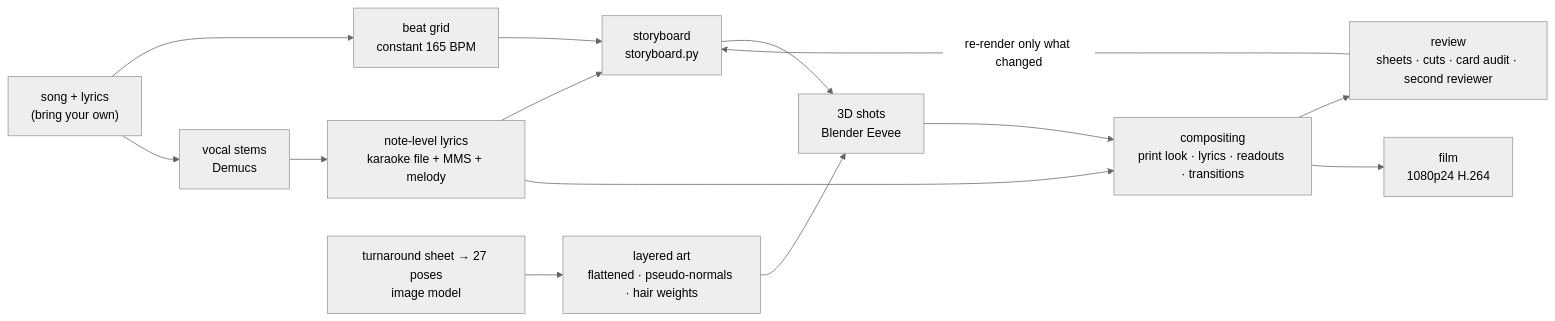
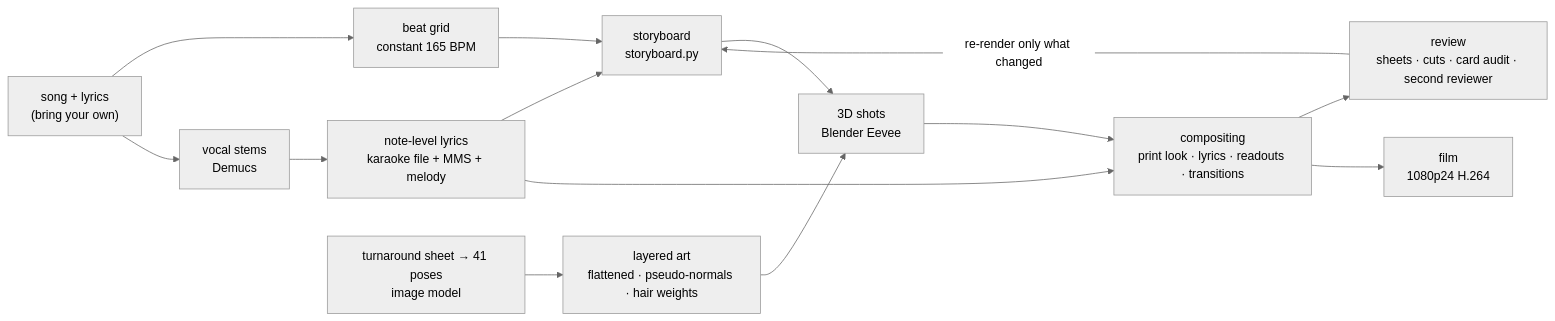
One commit to RepressedAlliance/MeltDown changed the diagram in README.en.md. Above: the diagram before and after it, drawn with Mermaid (neutral theme). The commit also changed other lines of this file and 1 other file, not shown here.

Commit message:
README: 41 poses, one for every shot, and the two new review tools

````diff
--- a/README.en.md
+++ b/README.en.md
@@ -101,16 +101,16 @@
 ```mermaid
 flowchart LR
   A["song + lyrics<br/>(bring your own)"] --> B["beat grid<br/>constant 165 BPM"]
   A --> C["vocal stems<br/>Demucs"]
   C --> D["note-level lyrics<br/>karaoke file + MMS + melody"]
-  E["turnaround sheet → 27 poses<br/>image model"] --> F["layered art<br/>flattened · pseudo-normals · hair weights"]
+  E["turnaround sheet → 41 poses<br/>image model"] --> F["layered art<br/>flattened · pseudo-normals · hair weights"]
   B --> G["storyboard<br/>storyboard.py"]
   D --> G
   G --> H["3D shots<br/>Blender Eevee"]
   F --> H
   H --> I["compositing<br/>print look · lyrics · readouts · transitions"]
   D --> I
   I --> J["review<br/>sheets · cuts · card audit · second reviewer"]
   J -- "re-render only what changed" --> G
   I --> K["film<br/>1080p24 H.264"]
 ```
````
